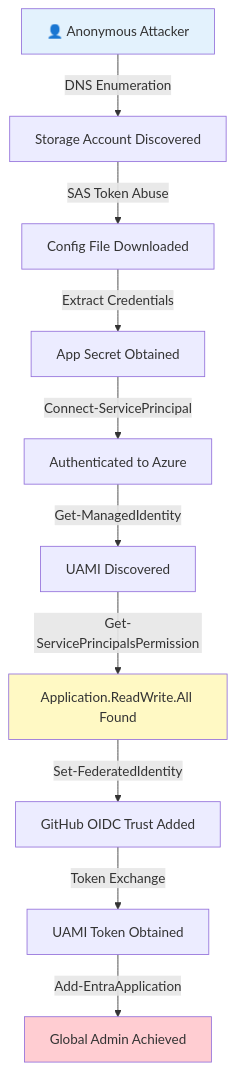
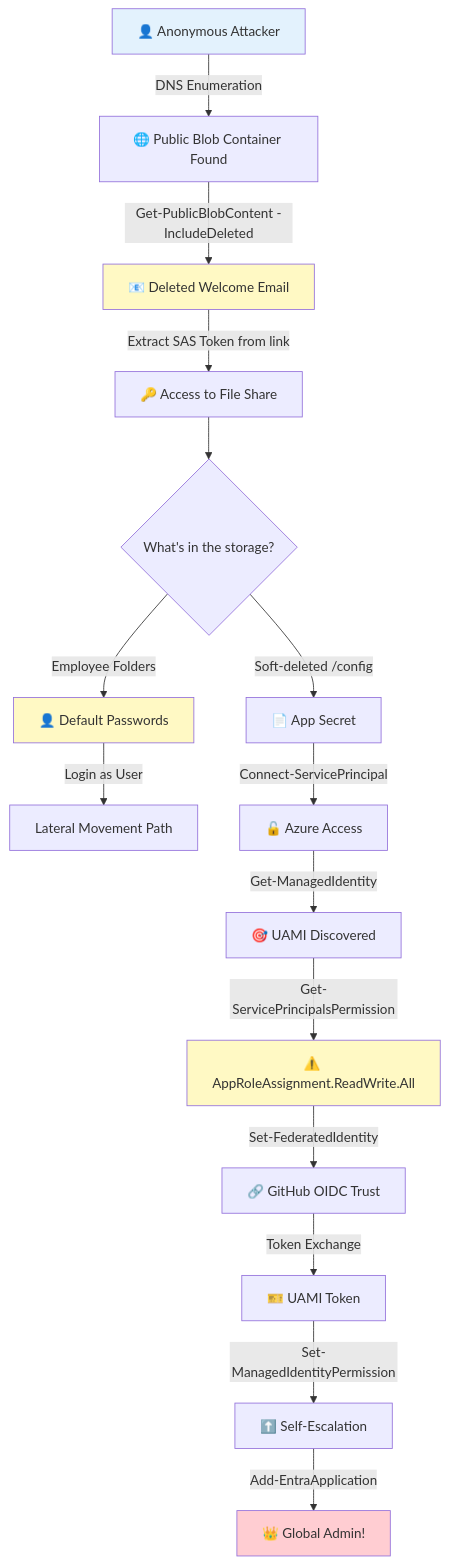
Before and after one commit to azurekid/mc2-connect: the second of 7 diagrams in README.md, drawn with Mermaid. The commit also changed other lines of this file, not shown here.

````diff
--- a/README.md
+++ b/README.md
@@ -67,16 +70,27 @@
 ```mermaid
 flowchart TD
-    A[👤 Anonymous Attacker] -->|DNS Enumeration| B[Storage Account Discovered]
-    B -->|SAS Token Abuse| C[Config File Downloaded]
-    C -->|Extract Credentials| D[App Secret Obtained]
-    D -->|Connect-ServicePrincipal| E[Authenticated to Azure]
-    E -->|Get-ManagedIdentity| F[UAMI Discovered]
-    F -->|Get-ServicePrincipalsPermission| G[Application.ReadWrite.All Found]
-    G -->|Set-FederatedIdentity| H[GitHub OIDC Trust Added]
-    H -->|Token Exchange| I[UAMI Token Obtained]
-    I -->|Add-EntraApplication| J[Global Admin Achieved]
+    A[👤 Anonymous Attacker] -->|DNS Enumeration| B[🌐 Public Blob Container Found]
+    B -->|Get-PublicBlobContent -IncludeDeleted| C[📧 Deleted Welcome Email]
+    C -->|Extract SAS Token from link| D[🔑 Access to File Share]
+    
+    D --> E{What's in the storage?}
+    
+    E -->|Employee Folders| F[👤 Default Passwords]
+    E -->|Soft-deleted /config| G[📄 App Secret]
+    
+    F -->|Login as User| H[Lateral Movement Path]
+    
+    G -->|Connect-ServicePrincipal| I[🔓 Azure Access]
+    I -->|Get-ManagedIdentity| J[🎯 UAMI Discovered]
+    J -->|Get-ServicePrincipalsPermission| K[⚠️ AppRoleAssignment.ReadWrite.All]
+    K -->|Set-FederatedIdentity| L[🔗 GitHub OIDC Trust]
+    L -->|Token Exchange| M[🎫 UAMI Token]
+    M -->|Set-ManagedIdentityPermission| N[⬆️ Self-Escalation]
+    N -->|Add-EntraApplication| O[👑 Global Admin!]
 
     style A fill:#e3f2fd
-    style J fill:#ffcdd2
-    style G fill:#fff9c4
+    style O fill:#ffcdd2
+    style K fill:#fff9c4
+    style F fill:#fff9c4
+    style C fill:#fff9c4
 ```
````
